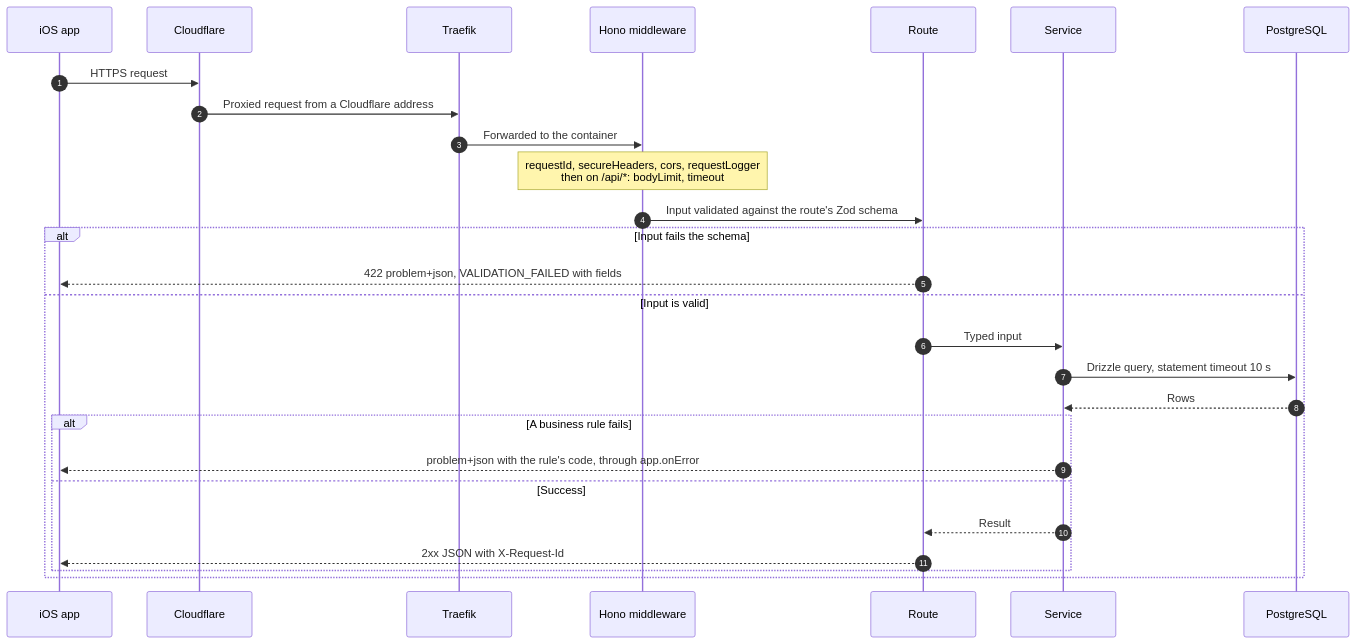
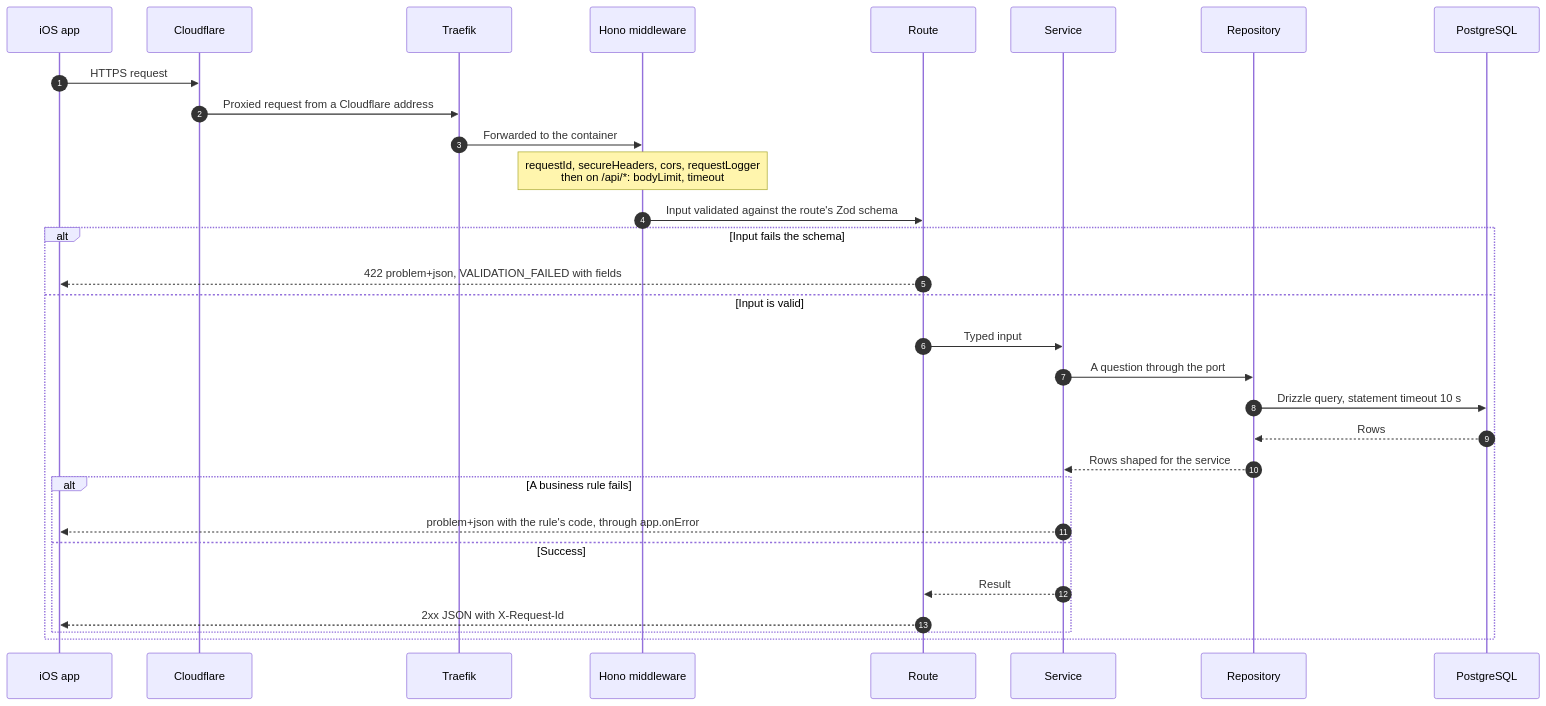
The second of 7 diagrams in README.md (Kira-iOS-Project/kira-backend), drawn with Mermaid before and after one commit. The commit also changed other lines of this file, not shown here.

First line of the commit message:
docs: describe the architecture in depth, with Title Case headings

````diff
--- a/README.md
+++ b/README.md
@@ -93,30 +93,33 @@
 ```mermaid
 sequenceDiagram
   autonumber
   participant App as iOS app
   participant CF as Cloudflare
   participant TR as Traefik
   participant MW as Hono middleware
   participant RT as Route
   participant SV as Service
+  participant RP as Repository
   participant DB as PostgreSQL
 
   App->>CF: HTTPS request
   CF->>TR: Proxied request from a Cloudflare address
   TR->>MW: Forwarded to the container
   Note over MW: requestId, secureHeaders, cors, requestLogger<br/>then on /api/*: bodyLimit, timeout
   MW->>RT: Input validated against the route's Zod schema
   alt Input fails the schema
     RT-->>App: 422 problem+json, VALIDATION_FAILED with fields
   else Input is valid
     RT->>SV: Typed input
-    SV->>DB: Drizzle query, statement timeout 10 s
-    DB-->>SV: Rows
+    SV->>RP: A question through the port
+    RP->>DB: Drizzle query, statement timeout 10 s
+    DB-->>RP: Rows
+    RP-->>SV: Rows shaped for the service
     alt A business rule fails
       SV-->>App: problem+json with the rule's code, through app.onError
     else Success
       SV-->>RT: Result
       RT-->>App: 2xx JSON with X-Request-Id
     end
   end
 ```
````
